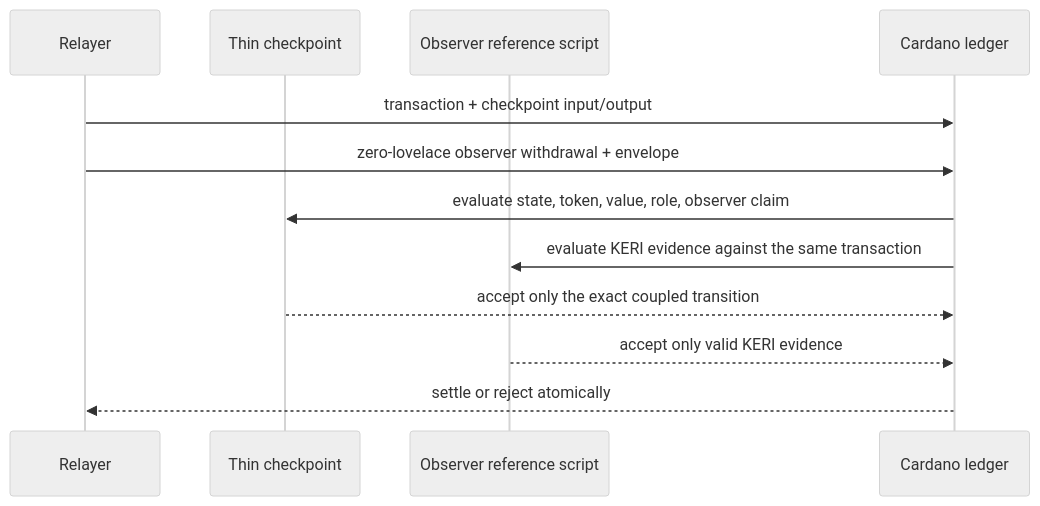
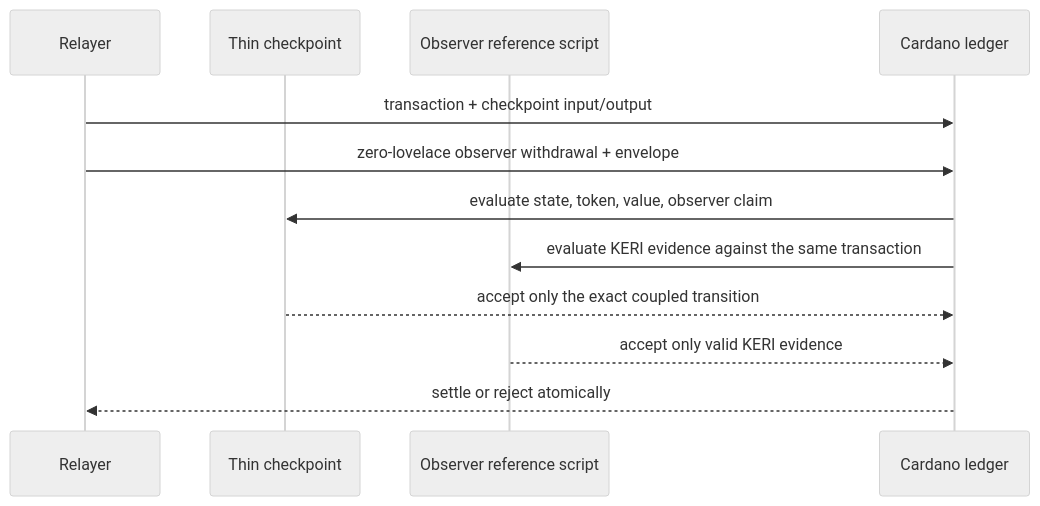
One commit to lambdasistemi/cardano-keri changed the second of 2 diagrams in docs/architecture/overview.md. Above: the diagram before and after it, drawn with Mermaid (neutral theme). The commit also changed other lines of this file and 2 other files, not shown here.

First line of the commit message:
docs(architecture): identity operations, overview and system rewritten

````diff
--- a/docs/architecture/overview.md
+++ b/docs/architecture/overview.md
@@ -113,15 +142,15 @@
 ```mermaid
 sequenceDiagram
     participant R as Relayer
     participant C as Thin checkpoint
     participant O as Observer reference script
     participant L as Cardano ledger
 
     R->>L: transaction + checkpoint input/output
     R->>L: zero-lovelace observer withdrawal + envelope
-    L->>C: evaluate state, token, value, role, observer claim
+    L->>C: evaluate state, token, value, observer claim
     L->>O: evaluate KERI evidence against the same transaction
     C-->>L: accept only the exact coupled transition
     O-->>L: accept only valid KERI evidence
     L-->>R: settle or reject atomically
 ```
````
